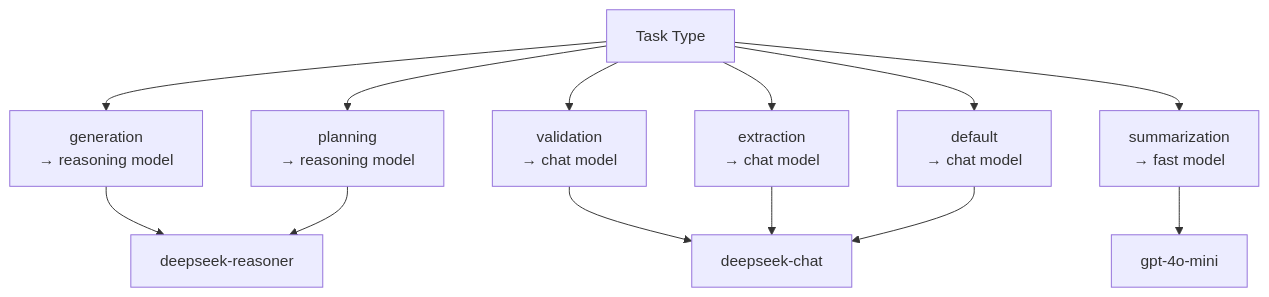
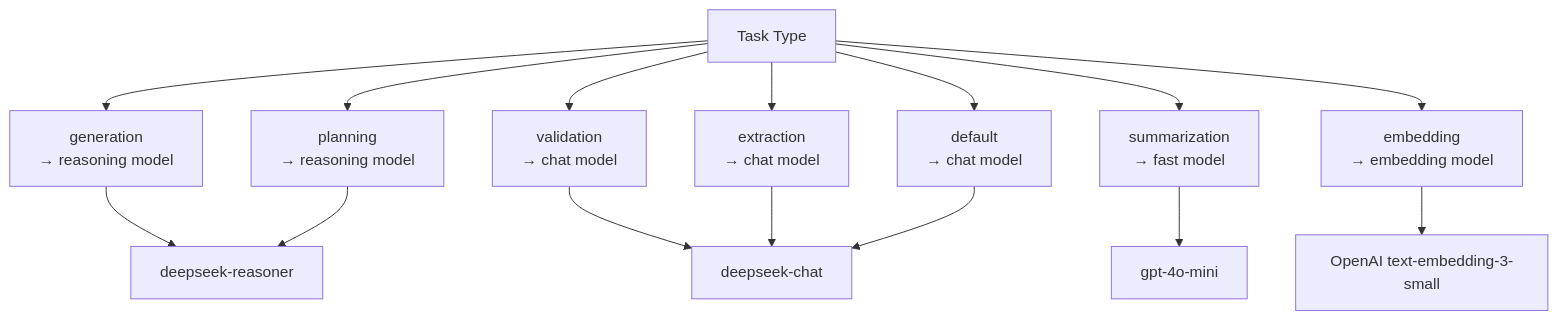
Before and after one commit to liwonder/NARRITIVE_OS: the fourth of 8 diagrams in .qoder/repowiki/en/content/LLM Integration and Configuration.md, drawn with Mermaid. The commit also changed other lines of this file and 12 other files, not shown here.

````diff
--- a/.qoder/repowiki/en/content/LLM Integration and Configuration.md
+++ b/.qoder/repowiki/en/content/LLM Integration and Configuration.md
@@ -242,15 +265,17 @@
 ```mermaid
 flowchart TD
 Task["Task Type"] --> Gen["generation<br/>→ reasoning model"]
 Task --> Plan["planning<br/>→ reasoning model"]
 Task --> Val["validation<br/>→ chat model"]
 Task --> Sum["summarization<br/>→ fast model"]
 Task --> Ext["extraction<br/>→ chat model"]
+Task --> Emb["embedding<br/>→ embedding model"]
 Task --> Def["default<br/>→ chat model"]
 Gen --> Reasoning["deepseek-reasoner"]
 Plan --> Reasoning
 Val --> Chat["deepseek-chat"]
 Ext --> Chat
 Sum --> Fast["gpt-4o-mini"]
 Def --> Chat
+Emb --> Embedding["OpenAI text-embedding-3-small"]
 ```
````
